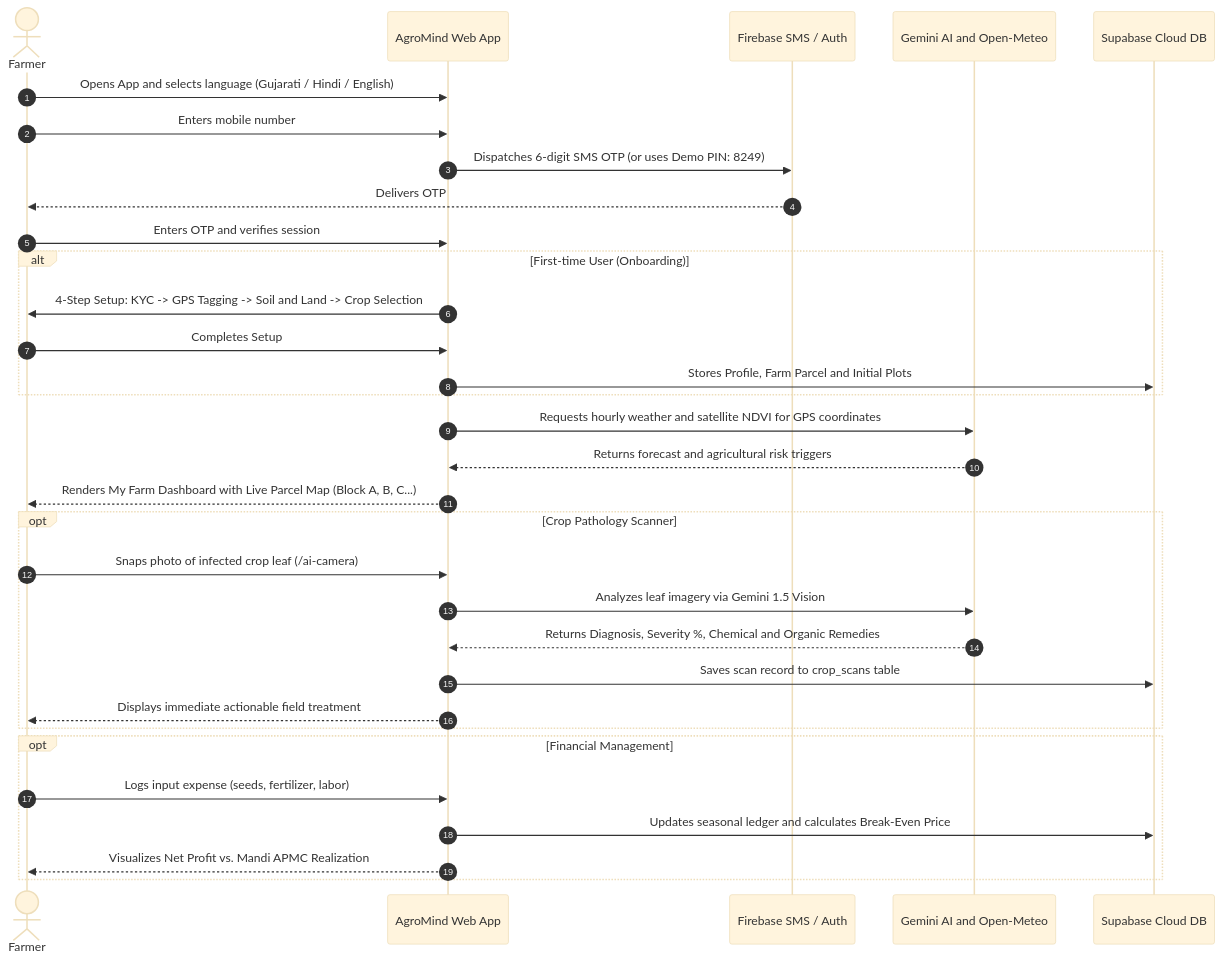
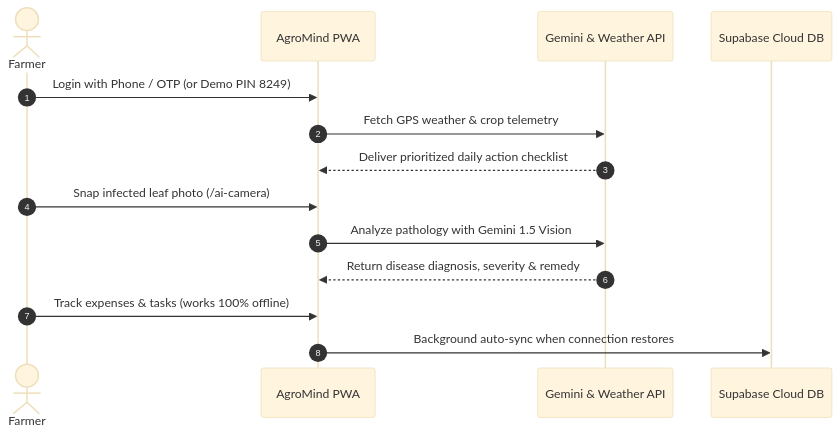
One commit to Xcoder-69/HACKFORGE changed the fourth of 4 diagrams in README.md. Above: the diagram before and after it, drawn with Mermaid (base theme). The commit also changed other lines of this file, not shown here.

Commit message:
docs: simplify architecture and workflow diagrams in README

````diff
--- a/README.md
+++ b/README.md
@@ -150,39 +110,17 @@
 ```mermaid
 sequenceDiagram
     autonumber
-    actor Farmer as Farmer
-    participant App as AgroMind Web App
-    participant Phone as Firebase SMS / Auth
-    participant AI as Gemini AI and Open-Meteo
+    actor Farmer
+    participant App as AgroMind PWA
+    participant AI as Gemini & Weather API
     participant DB as Supabase Cloud DB
 
-    Farmer->>App: Opens App and selects language (Gujarati / Hindi / English)
-    Farmer->>App: Enters mobile number
-    App->>Phone: Dispatches 6-digit SMS OTP (or uses Demo PIN: 8249)
-    Phone-->>Farmer: Delivers OTP
-    Farmer->>App: Enters OTP and verifies session
-    
-    alt First-time User (Onboarding)
-        App->>Farmer: 4-Step Setup: KYC -> GPS Tagging -> Soil and Land -> Crop Selection
-        Farmer->>App: Completes Setup
-        App->>DB: Stores Profile, Farm Parcel and Initial Plots
-    end
-
-    App->>AI: Requests hourly weather and satellite NDVI for GPS coordinates
-    AI-->>App: Returns forecast and agricultural risk triggers
-    App-->>Farmer: Renders My Farm Dashboard with Live Parcel Map (Block A, B, C...)
-
-    opt Crop Pathology Scanner
-        Farmer->>App: Snaps photo of infected crop leaf (/ai-camera)
-        App->>AI: Analyzes leaf imagery via Gemini 1.5 Vision
-        AI-->>App: Returns Diagnosis, Severity %, Chemical and Organic Remedies
-        App->>DB: Saves scan record to crop_scans table
-        App-->>Farmer: Displays immediate actionable field treatment
-    end
-
-    opt Financial Management
-        Farmer->>App: Logs input expense (seeds, fertilizer, labor)
-        App->>DB: Updates seasonal ledger and calculates Break-Even Price
-        App-->>Farmer: Visualizes Net Profit vs. Mandi APMC Realization
-    end
+    Farmer->>App: Login with Phone / OTP (or Demo PIN 8249)
+    App->>AI: Fetch GPS weather & crop telemetry
+    AI-->>App: Deliver prioritized daily action checklist
+    Farmer->>App: Snap infected leaf photo (/ai-camera)
+    App->>AI: Analyze pathology with Gemini 1.5 Vision
+    AI-->>App: Return disease diagnosis, severity & remedy
+    Farmer->>App: Track expenses & tasks (works 100% offline)
+    App->>DB: Background auto-sync when connection restores
 ```
````
